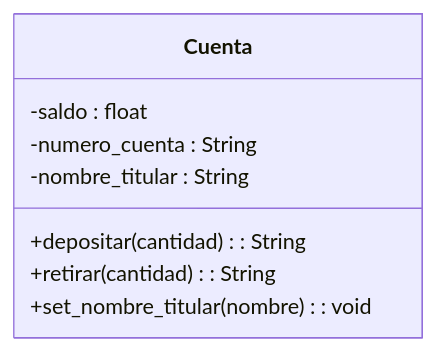
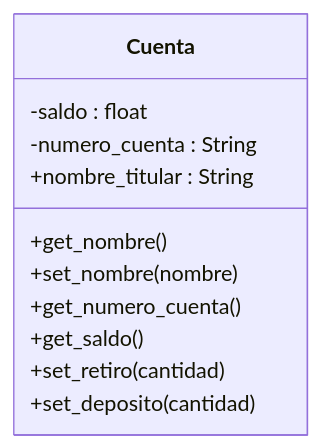
One commit to PatoAparicio/psg-oop-2025 changed the diagram in retos_sesion_04/ejercicio_01.md. Above: the diagram before and after it, drawn with Mermaid. The commit also changed other lines of this file and 3 other files, not shown here.

````diff
--- a/retos_sesion_04/ejercicio_01.md
+++ b/retos_sesion_04/ejercicio_01.md
@@ -38,11 +51,14 @@
 ```mermaid
 classDiagram
     class Cuenta {
         -saldo : float
         -numero_cuenta : String
-        -nombre_titular : String
-        +depositar(cantidad) : String
-        +retirar(cantidad) : String
-        +set_nombre_titular(nombre) : void
+        +nombre_titular : String
+        +get_nombre()
+        +set_nombre(nombre)
+        +get_numero_cuenta()
+        +get_saldo()
+        +set_retiro(cantidad)
+        +set_deposito(cantidad) 
     }
 ```
````
